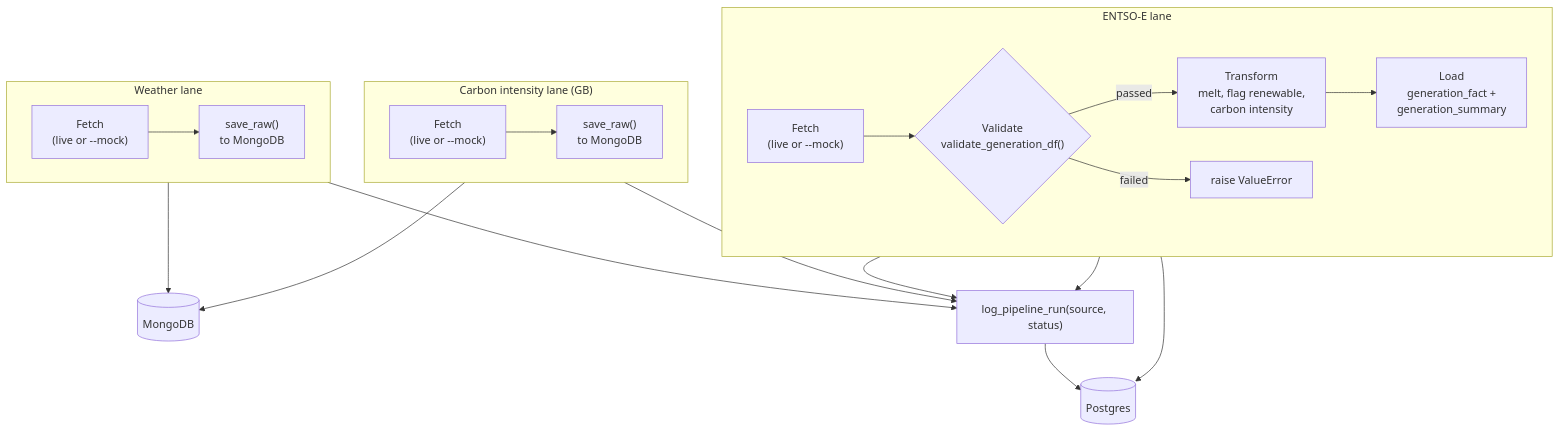
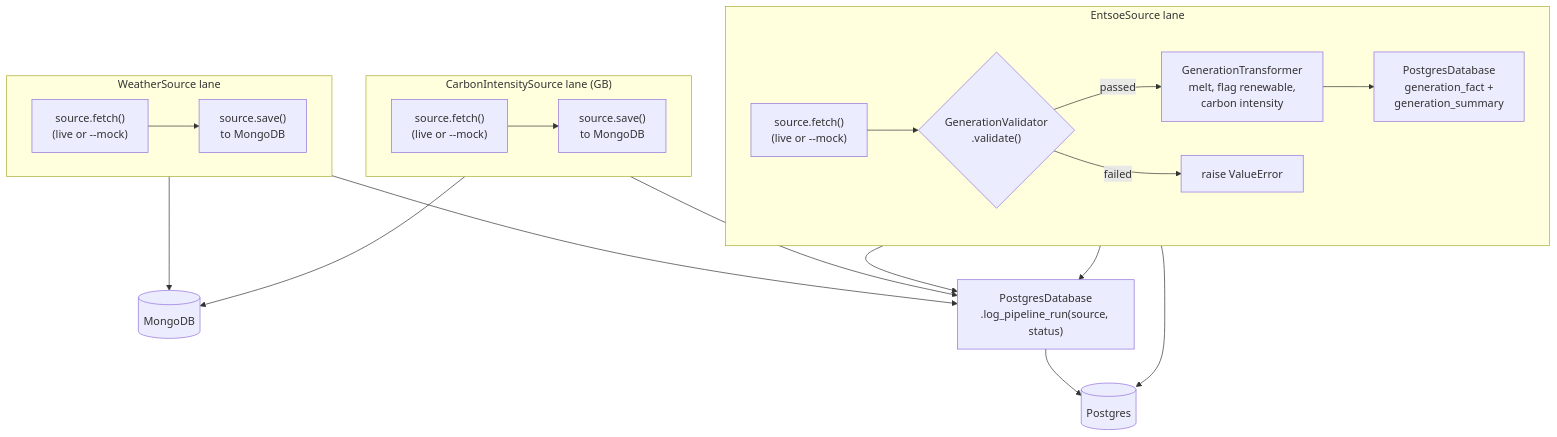
The fourth of 8 diagrams in docs/DIAGRAMS.md (squirke1/energy-data-pipeline), drawn with Mermaid before and after one commit. The commit also changed other lines of this file and 16 other files, not shown here.

````diff
--- a/docs/DIAGRAMS.md
+++ b/docs/DIAGRAMS.md
@@ -82,30 +122,30 @@
 ```mermaid
 flowchart TB
-    subgraph L1["ENTSO-E lane"]
+    subgraph L1["EntsoeSource lane"]
         direction LR
-        A1["Fetch<br/>(live or --mock)"] --> A2{"Validate<br/>validate_generation_df()"}
-        A2 -- passed --> A3["Transform<br/>melt, flag renewable,<br/>carbon intensity"]
-        A3 --> A4["Load<br/>generation_fact +<br/>generation_summary"]
+        A1["source.fetch()<br/>(live or --mock)"] --> A2{"GenerationValidator<br/>.validate()"}
+        A2 -- passed --> A3["GenerationTransformer<br/>melt, flag renewable,<br/>carbon intensity"]
+        A3 --> A4["PostgresDatabase<br/>generation_fact +<br/>generation_summary"]
         A2 -- failed --> A5["raise ValueError"]
     end
 
-    subgraph L2["Carbon intensity lane (GB)"]
+    subgraph L2["CarbonIntensitySource lane (GB)"]
         direction LR
-        B1["Fetch<br/>(live or --mock)"] --> B2["save_raw()<br/>to MongoDB"]
+        B1["source.fetch()<br/>(live or --mock)"] --> B2["source.save()<br/>to MongoDB"]
     end
 
-    subgraph L3["Weather lane"]
+    subgraph L3["WeatherSource lane"]
         direction LR
-        C1["Fetch<br/>(live or --mock)"] --> C2["save_raw()<br/>to MongoDB"]
+        C1["source.fetch()<br/>(live or --mock)"] --> C2["source.save()<br/>to MongoDB"]
     end
 
     A4 --> PG[("Postgres")]
     B2 --> MONGO[("MongoDB")]
     C2 --> MONGO
 
-    A4 --> LOG["log_pipeline_run(source, status)"]
+    A4 --> LOG["PostgresDatabase<br/>.log_pipeline_run(source, status)"]
     A5 --> LOG
     B2 --> LOG
     C2 --> LOG
     LOG --> PG
 ```
````
